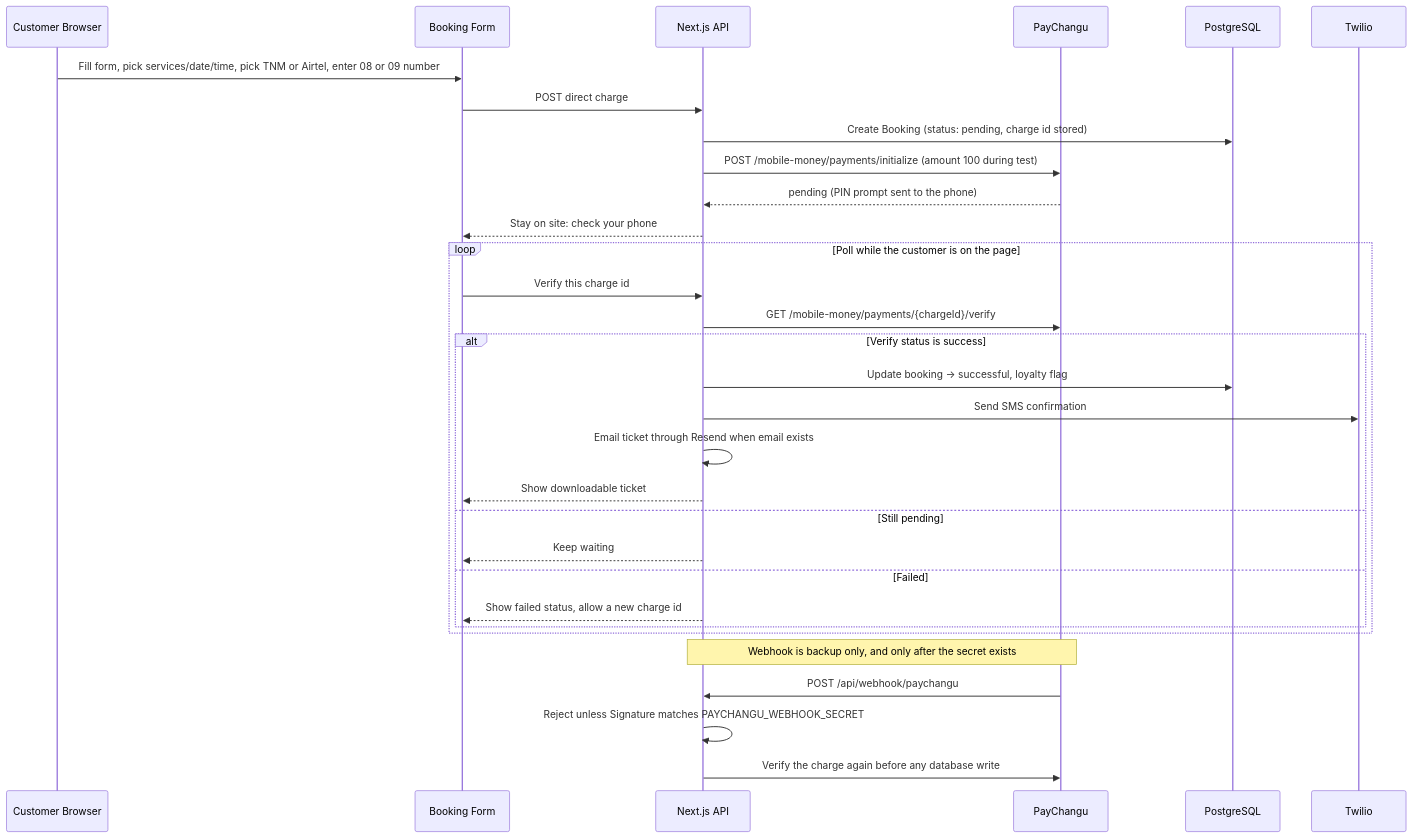
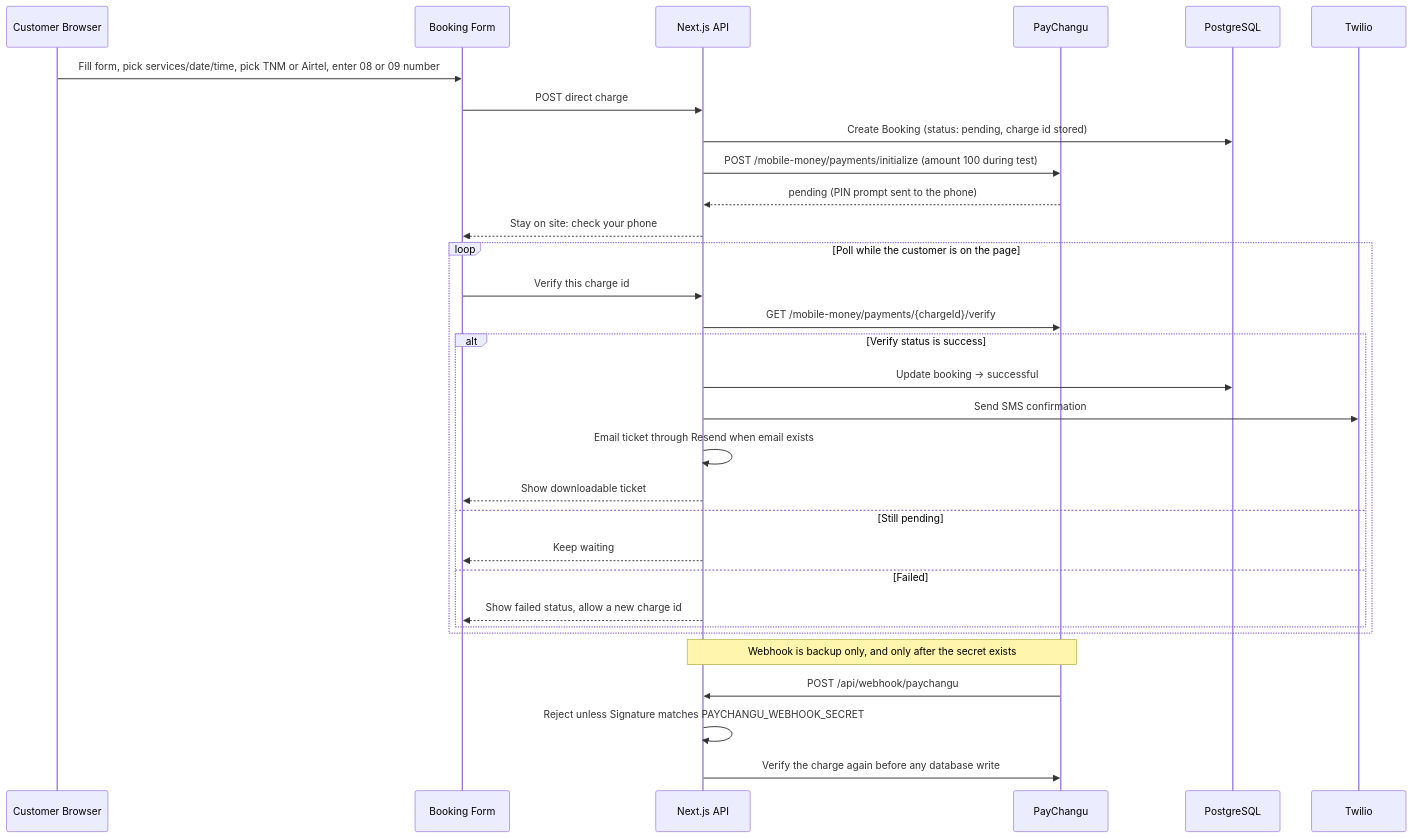
Before and after one commit to 6a6aQth/LuxeBeauty: the diagram in Docs/Lauryn Luxe Beauty Studio SDD.md, drawn with Mermaid. The commit also changed other lines of this file and 19 other files, not shown here.

````diff
--- a/Docs/Lauryn Luxe Beauty Studio SDD.md
+++ b/Docs/Lauryn Luxe Beauty Studio SDD.md
@@ -219,36 +220,36 @@
 ```mermaid
 sequenceDiagram
     participant C as Customer Browser
     participant BF as Booking Form
     participant API as Next.js API
     participant PC as PayChangu
     participant DB as PostgreSQL
     participant TW as Twilio
 
     C->>BF: Fill form, pick services/date/time, pick TNM or Airtel, enter 08 or 09 number
     BF->>API: POST direct charge
     API->>DB: Create Booking (status: pending, charge id stored)
     API->>PC: POST /mobile-money/payments/initialize (amount 100 during test)
     PC-->>API: pending (PIN prompt sent to the phone)
     API-->>BF: Stay on site: check your phone
 
     loop Poll while the customer is on the page
         BF->>API: Verify this charge id
         API->>PC: GET /mobile-money/payments/{chargeId}/verify
         alt Verify status is success
-            API->>DB: Update booking → successful, loyalty flag
+            API->>DB: Update booking → successful
             API->>TW: Send SMS confirmation
             API->>API: Email ticket through Resend when email exists
             API-->>BF: Show downloadable ticket
         else Still pending
             API-->>BF: Keep waiting
         else Failed
             API-->>BF: Show failed status, allow a new charge id
         end
     end
 
     Note over PC,API: Webhook is backup only, and only after the secret exists
     PC->>API: POST /api/webhook/paychangu
     API->>API: Reject unless Signature matches PAYCHANGU_WEBHOOK_SECRET
     API->>PC: Verify the charge again before any database write
 ```
````
